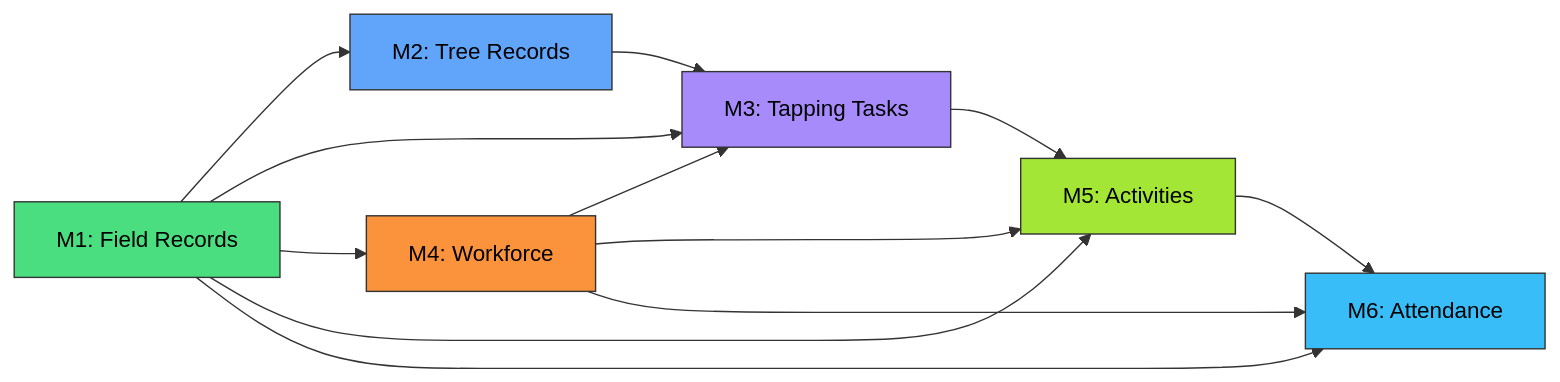
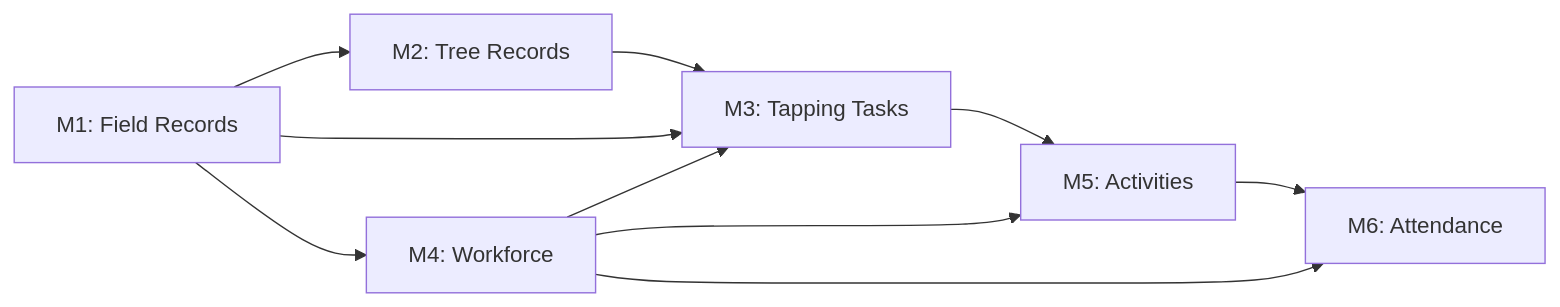
Before and after one commit to rpms-plantation/rpms-design: the diagram in README.md, drawn with Mermaid. The commit also changed other lines of this file and 5 other files, not shown here.

Commit message:
feat: Define modular pluggable architecture, adding ADR-006, architecture diagrams, an implementation guide, and updating project context with repository and module details.

````diff
--- a/README.md
+++ b/README.md
@@ -138,21 +182,12 @@
 ```mermaid
 graph LR
     M1[M1: Field Records] --> M2[M2: Tree Records]
     M1 --> M3[M3: Tapping Tasks]
     M1 --> M4[M4: Workforce]
-    M1 --> M5[M5: Activities]
-    M1 --> M6[M6: Attendance]
     M2 --> M3
+    M4 --> M3
+    M4 --> M5[M5: Activities]
+    M4 --> M6[M6: Attendance]
     M3 --> M5
-    M4 --> M3
-    M4 --> M5
-    M4 --> M6
     M5 --> M6
-
-    style M1 fill:#4ade80,color:#000,stroke:#333
-    style M2 fill:#60a5fa,color:#000,stroke:#333
-    style M3 fill:#a78bfa,color:#000,stroke:#333
-    style M4 fill:#fb923c,color:#000,stroke:#333
-    style M5 fill:#a3e635,color:#000,stroke:#333
-    style M6 fill:#38bdf8,color:#000,stroke:#333
 ```
````
